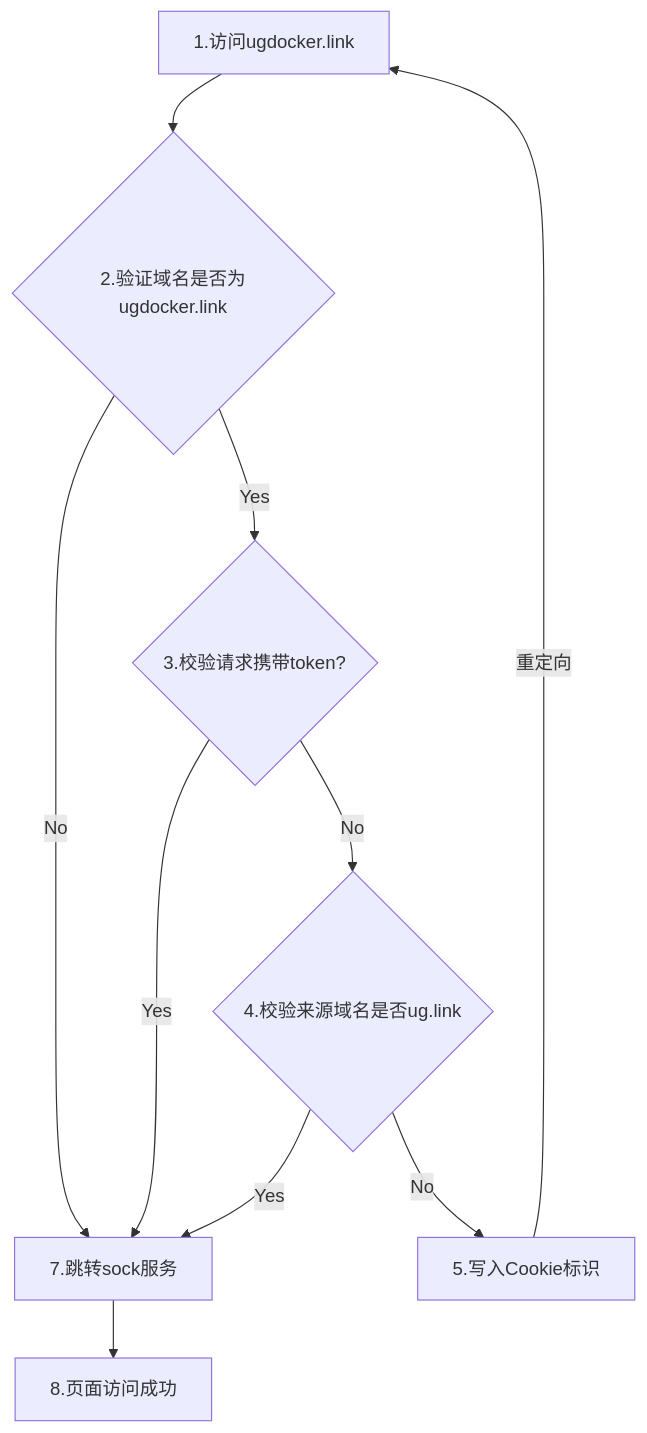
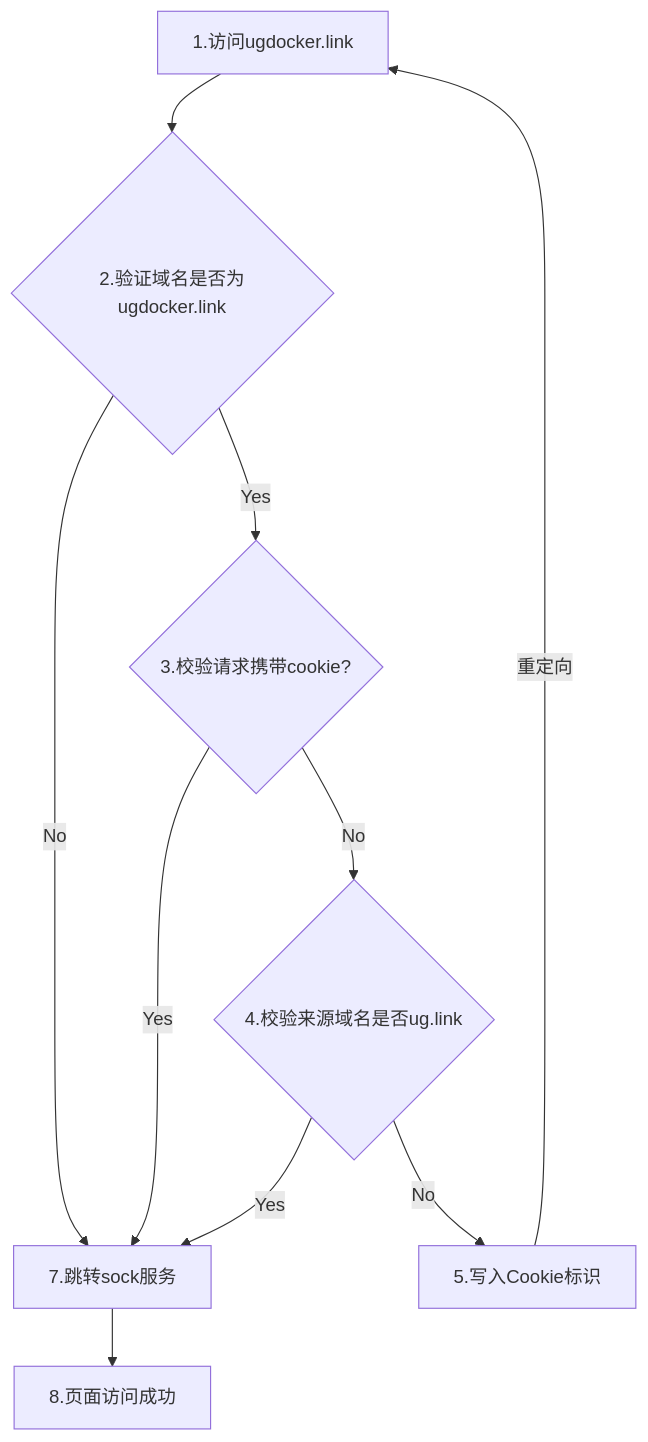
The second of 2 diagrams in README.md (9jianxian/ug.link-nosigin-access-docker.app), drawn with Mermaid before and after one commit.

````diff
--- a/README.md
+++ b/README.md
@@ -122,19 +122,19 @@
 ```mermaid
 graph TD
     A[1.访问ugdocker.link] --> B{2.验证域名是否为ugdocker.link}
     %% 域名校验分支
-    B -- Yes --> C{3.校验请求携带token?}
+    B -- Yes --> C{3.校验请求携带cookie?}
     B -- No --> H[7.跳转sock服务]
     
     %% 有token分支
     C -- Yes --> H[7.跳转sock服务]
     
     %% 无token分支
     C -- No --> D{4.校验来源域名是否ug.link}
     D -- Yes --> H[7.跳转sock服务]
     D -- No --> F[5.写入Cookie标识]
     F -- 重定向 --> A[1.访问ugdocker.link]
     
     %% 统一出口
     H --> G[8.页面访问成功]
 ```
````
